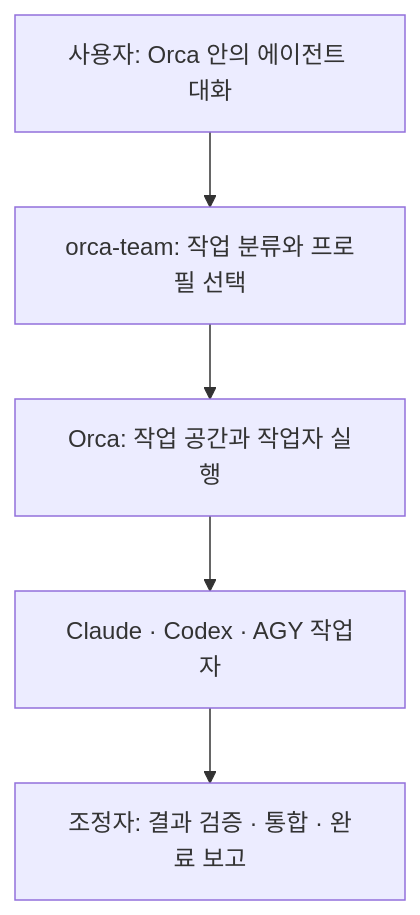
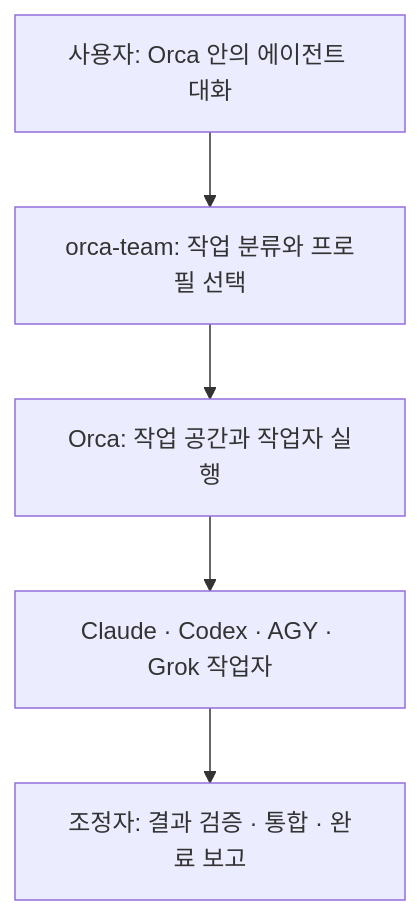
One commit to HashCitrine/orca-orchestration-kit changed the diagram in README.md. Above: the diagram before and after it, drawn with Mermaid. The commit also changed other lines of this file and 15 other files, not shown here.

````diff
--- a/README.md
+++ b/README.md
@@ -17,7 +17,7 @@
 ```mermaid
 flowchart TD
     U[사용자: Orca 안의 에이전트 대화] --> S[orca-team: 작업 분류와 프로필 선택]
     S --> O[Orca: 작업 공간과 작업자 실행]
-    O --> A[Claude · Codex · AGY 작업자]
+    O --> A[Claude · Codex · AGY · Grok 작업자]
     A --> R[조정자: 결과 검증 · 통합 · 완료 보고]
 ```
````
